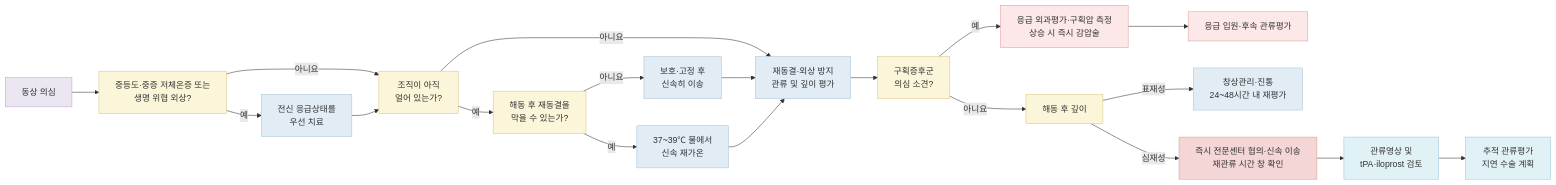
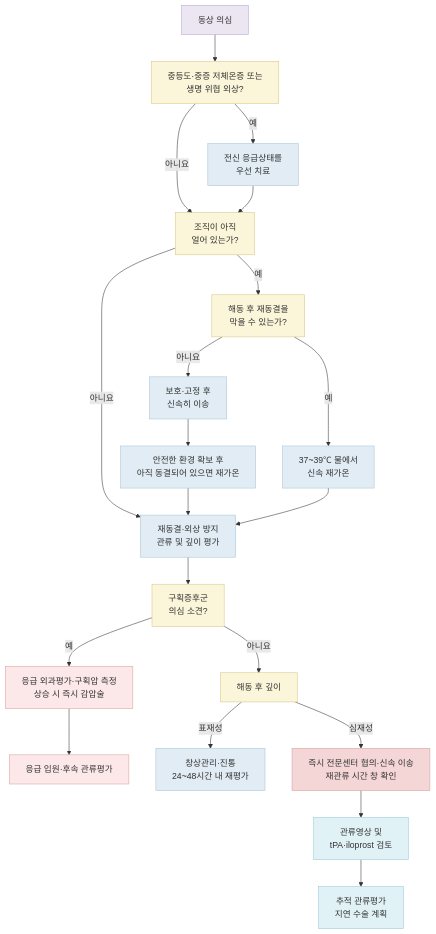
Before and after one commit to familyoh77/familyoh77: the diagram in 230_/208_-cold-injury.md, drawn with Mermaid. The commit also changed other lines of this file and 11 other files, not shown here.

````diff
--- a/230_/208_-cold-injury.md
+++ b/230_/208_-cold-injury.md
@@ -90,37 +90,38 @@
 ```mermaid
-flowchart LR
+flowchart TD
     ROOT["동상 의심"] --> SYS["중등도·중증 저체온증 또는<br/>생명 위협 외상?"]
     SYS -->|예| SYS_TX["전신 응급상태를<br/>우선 치료"]
     SYS -->|아니요| FROZEN["조직이 아직<br/>얼어 있는가?"]
     SYS_TX --> FROZEN
 
     FROZEN -->|아니요| PROTECT["재동결·외상 방지<br/>관류 및 깊이 평가"]
     FROZEN -->|예| REFREEZE["해동 후 재동결을<br/>막을 수 있는가?"]
     REFREEZE -->|아니요| TRANSFER["보호·고정 후<br/>신속히 이송"]
     REFREEZE -->|예| REWARM["37~39℃ 물에서<br/>신속 재가온"]
-    TRANSFER --> PROTECT
+    TRANSFER --> HOSP_REWARM["안전한 환경 확보 후<br/>아직 동결되어 있으면 재가온"]
+    HOSP_REWARM --> PROTECT
     REWARM --> PROTECT
 
     PROTECT --> COMP["구획증후군<br/>의심 소견?"]
     COMP -->|아니요| SEV["해동 후 깊이"]
     COMP -->|예| PRESSURE["응급 외과평가·구획압 측정<br/>상승 시 즉시 감압술"]
     PRESSURE --> ADMIT["응급 입원·후속 관류평가"]
     SEV -->|표재성| SUPER["창상관리·진통<br/>24~48시간 내 재평가"]
     SEV -->|심재성| DEEP["즉시 전문센터 협의·신속 이송<br/>재관류 시간 창 확인"]
     DEEP --> PERF["관류영상 및<br/>tPA·iloprost 검토"]
     PERF --> FOLLOW["추적 관류평가<br/>지연 수술 계획"]
 
     classDef purple fill:#ECE6F2,stroke:#B8A7D4,stroke-width:1px;
     classDef yellow fill:#FBF6D9,stroke:#D6C785,stroke-width:1px;
     classDef blue fill:#E1ECF4,stroke:#A9C4D6,stroke-width:1px;
     classDef pink fill:#F5D6D6,stroke:#D99B9B,stroke-width:1px;
     classDef red fill:#FCE8E8,stroke:#E09E9E,stroke-width:1px;
     classDef cyan fill:#E1F2F7,stroke:#96C9D8,stroke-width:1px;
 
     class ROOT purple;
     class SYS,FROZEN,REFREEZE,SEV,COMP yellow;
-    class SYS_TX,TRANSFER,REWARM,PROTECT,SUPER blue;
+    class SYS_TX,TRANSFER,HOSP_REWARM,REWARM,PROTECT,SUPER blue;
     class DEEP pink;
     class PRESSURE,ADMIT red;
     class PERF,FOLLOW cyan;
 ```
````
